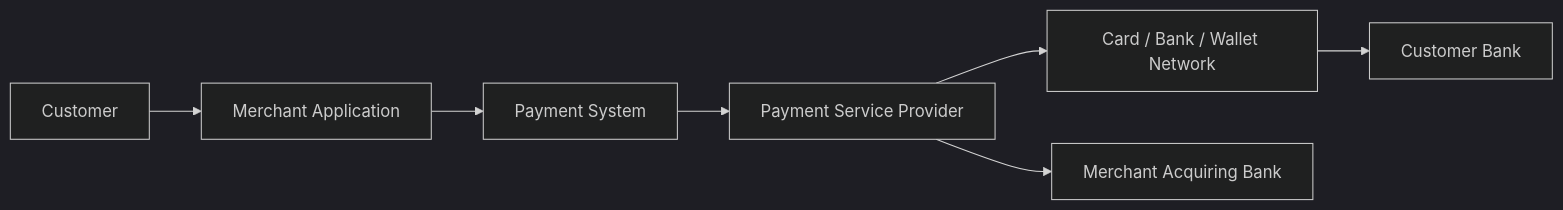
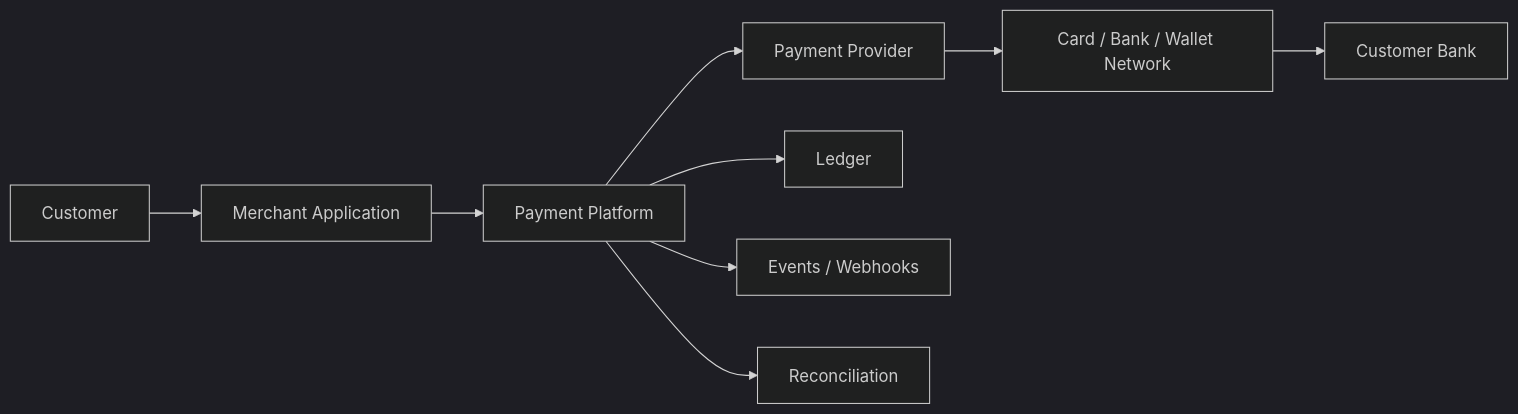
Before and after one commit to AvadhBhalodiya/Interview-Preparation: the first of 6 diagrams in src/content/system-design/payment-system.md, drawn with Mermaid (dark theme). The commit also changed other lines of this file and 54 other files, not shown here.

````diff
--- a/src/content/system-design/payment-system.md
+++ b/src/content/system-design/payment-system.md
@@ -53,9 +38,12 @@
 ```mermaid
 flowchart LR
-    Customer --> Merchant[Merchant Application]
-    Merchant --> PaymentSystem[Payment System]
-    PaymentSystem --> PSP[Payment Service Provider]
-    PSP --> Network[Card / Bank / Wallet Network]
-    Network --> Issuer[Customer Bank]
-    PSP --> Acquirer[Merchant Acquiring Bank]
+    C[Customer] --> M[Merchant Application]
+    M --> P[Payment Platform]
+    P --> PSP[Payment Provider]
+    PSP --> N[Card / Bank / Wallet Network]
+    N --> B[Customer Bank]
+
+    P --> L[Ledger]
+    P --> E[Events / Webhooks]
+    P --> R[Reconciliation]
 ```
````
